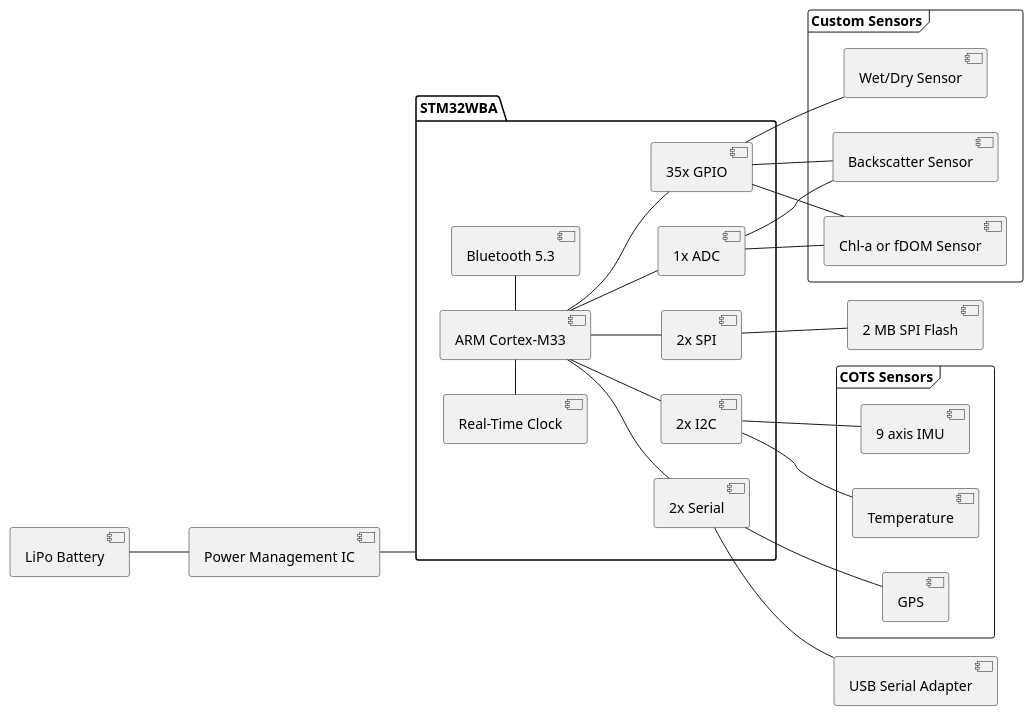
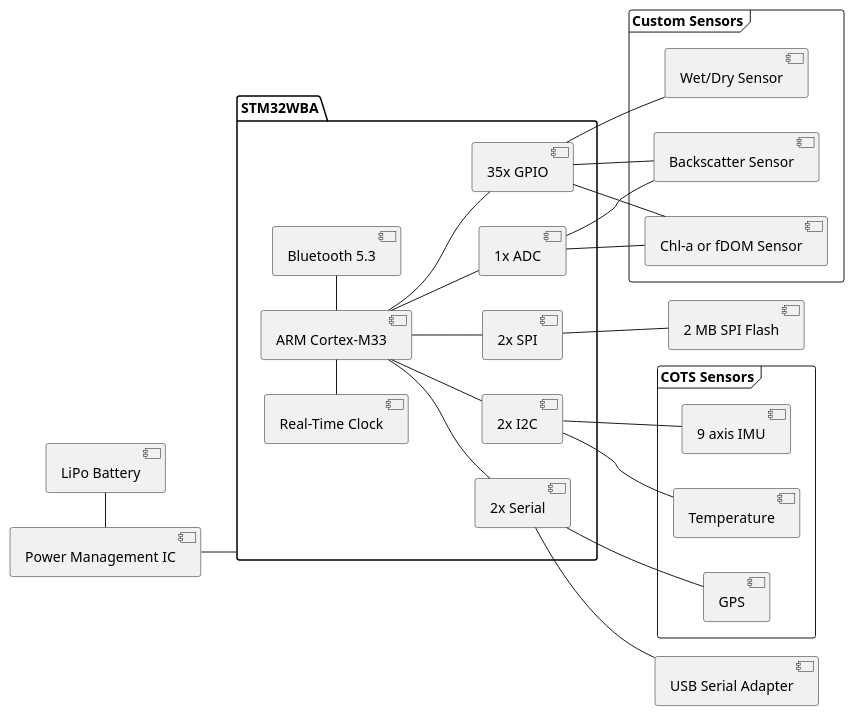
The first of 2 diagrams in diagrams/system_diagram.puml (UCSD-E4E/smartfin-docs), drawn with PlantUML before and after one commit.

Commit message:
docs: Updates layout

```diff
--- a/diagrams/system_diagram.puml
+++ b/diagrams/system_diagram.puml
@@ -1,49 +1,49 @@
 @startuml Smartfin v3 System Diagram
 left to right direction
 
 package "STM32WBA" {
     [ARM Cortex-M33] as cpu
     [Bluetooth 5.3] as ble
     [Real-Time Clock] as rtc
     [35x GPIO] as gpio_bank
     [2x SPI] as spi_bank
     [2x I2C] as i2c_bank
     [2x Serial] as serial_bank
     [1x ADC] as adc_bank
     cpu -- gpio_bank
     cpu -- spi_bank
     cpu -- i2c_bank
     cpu -- serial_bank
     cpu -- adc_bank
     cpu - ble
     rtc - cpu
 }
 
 frame "COTS Sensors" {
     [9 axis IMU] as imu
     [Temperature] as temp
     [GPS] as gps
 }
 frame "Custom Sensors" {
     [Wet/Dry Sensor] as wd_sensor
     [Backscatter Sensor] as optics1
     [Chl-a or fDOM Sensor] as optics2
 }
 [2 MB SPI Flash] as spi_flash
 [Power Management IC] as pmic
 [LiPo Battery] as battery
 [USB Serial Adapter] as usb_serial
 
 i2c_bank -- imu
 i2c_bank -- temp
 gpio_bank -- wd_sensor
 serial_bank -- gps
 gpio_bank -- optics1
 gpio_bank -- optics2
 adc_bank -- optics1
 adc_bank -- optics2
 spi_bank -- spi_flash
-battery -- pmic
+battery - pmic
 pmic -- "STM32WBA"
 serial_bank -- usb_serial
 @enduml
```
